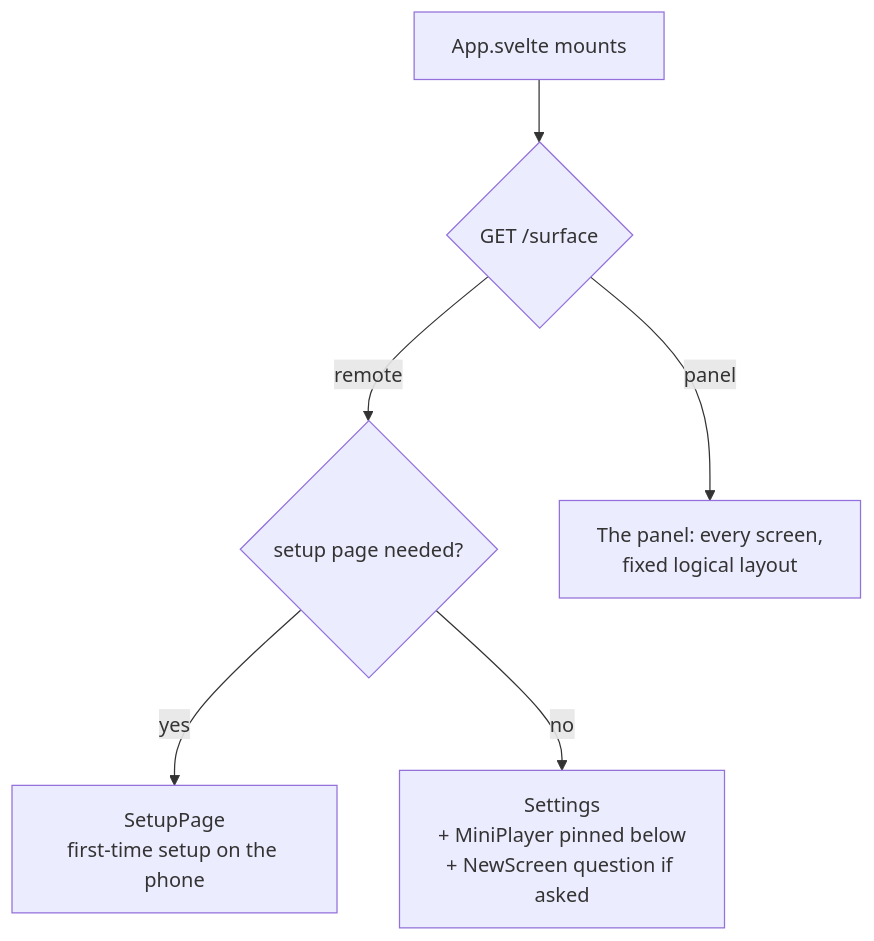
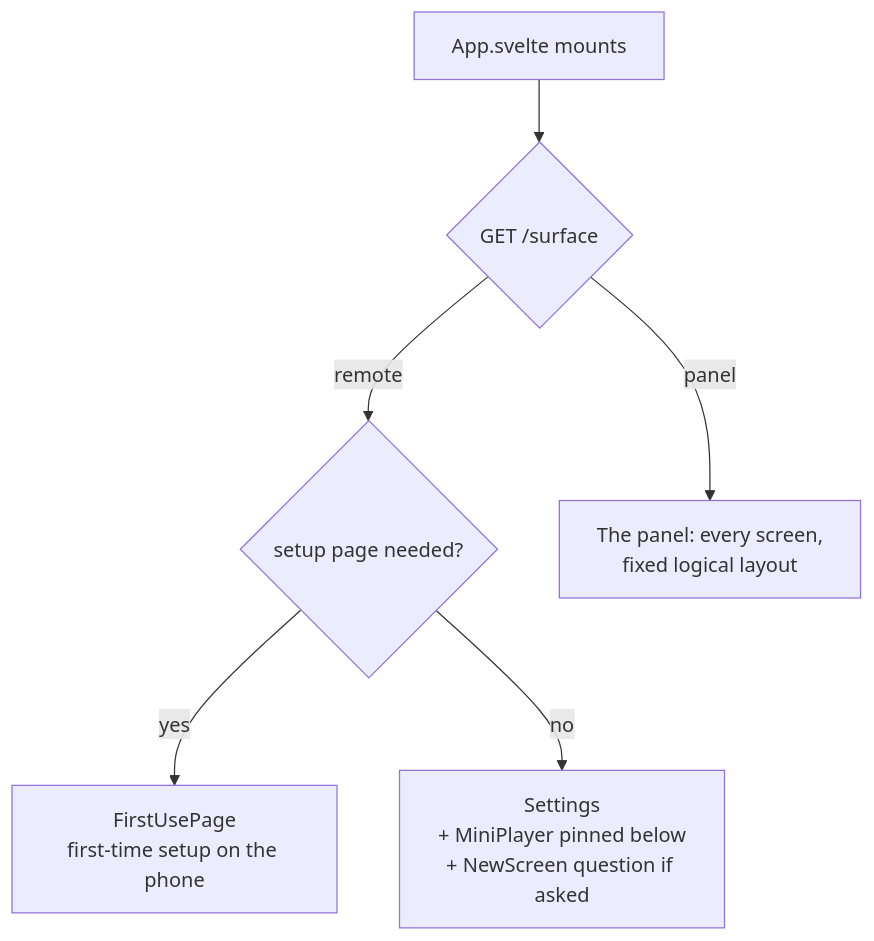
The second of 7 diagrams in docs/tech/ui.md (gcarstoiu/gexis-player), drawn with Mermaid before and after one commit. The commit also changed other lines of this file and 3 other files, not shown here.

````diff
--- a/docs/tech/ui.md
+++ b/docs/tech/ui.md
@@ -114,8 +114,8 @@
 ```mermaid
 flowchart TD
   A[App.svelte mounts] --> B{"GET /surface"}
   B -- remote --> C{setup page needed?}
-  C -- yes --> D[SetupPage<br/>first-time setup on the phone]
+  C -- yes --> D[FirstUsePage<br/>first-time setup on the phone]
   C -- no --> E[Settings<br/>+ MiniPlayer pinned below<br/>+ NewScreen question if asked]
   B -- panel --> F[The panel: every screen,<br/>fixed logical layout]
 ```
````
